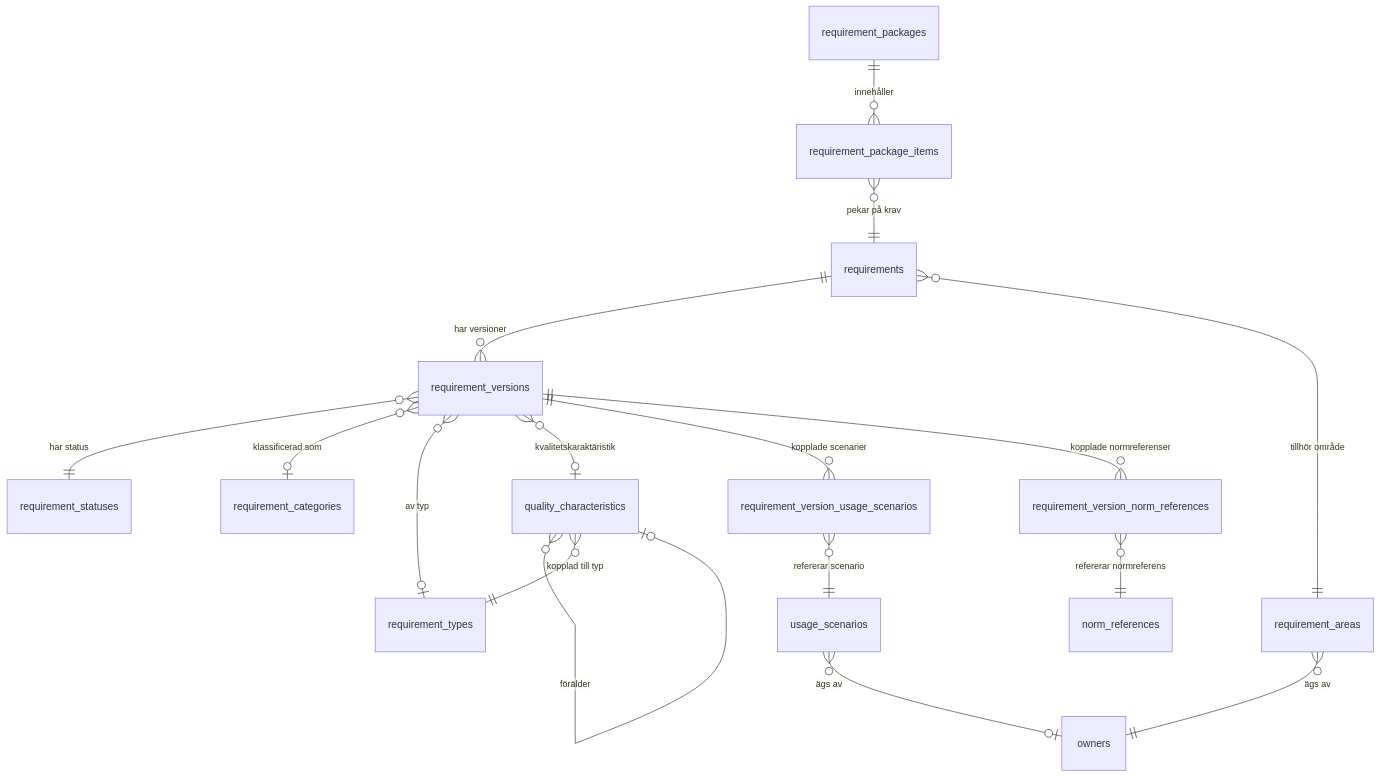
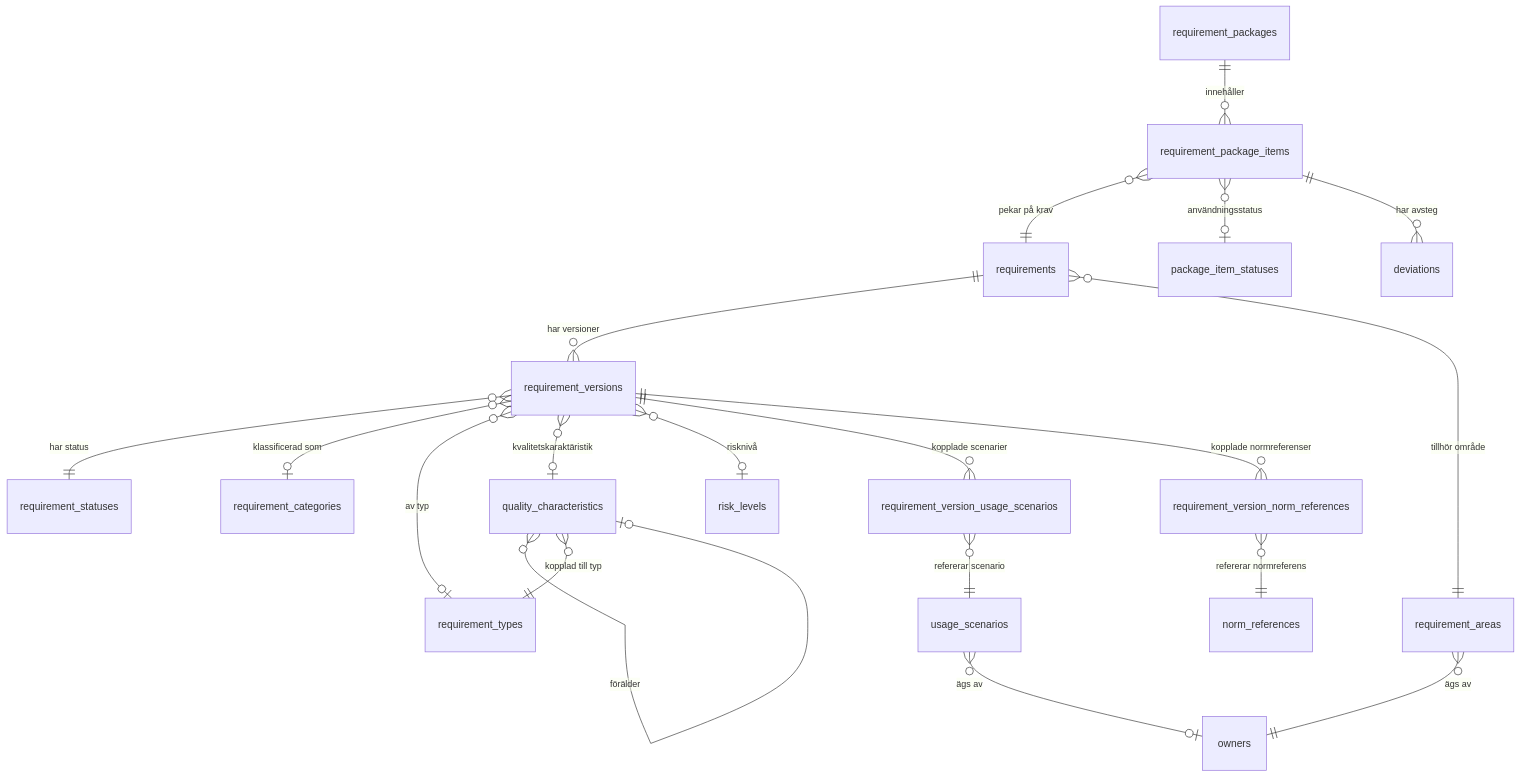
The fifth of 5 diagrams in docs/arkitekturbeskrivning-kravhantering.md (viscalyx/Kravhantering), drawn with Mermaid before and after one commit. The commit also changed other lines of this file and 86 other files, not shown here.

First line of the commit message:
Add deviation, package item statuses and risk levels management (#59)

````diff
--- a/docs/arkitekturbeskrivning-kravhantering.md
+++ b/docs/arkitekturbeskrivning-kravhantering.md
@@ -534,19 +627,22 @@
 ```mermaid
 erDiagram
     requirements ||--o{ requirement_versions : "har versioner"
     requirements }o--|| requirement_areas : "tillhör område"
     requirement_versions }o--|| requirement_statuses : "har status"
     requirement_versions }o--o| requirement_categories : "klassificerad som"
     requirement_versions }o--o| requirement_types : "av typ"
     requirement_versions }o--o| quality_characteristics : "kvalitetskaraktäristik"
+    requirement_versions }o--o| risk_levels : "risknivå"
     requirement_versions ||--o{ requirement_version_usage_scenarios : "kopplade scenarier"
     requirement_version_usage_scenarios }o--|| usage_scenarios : "refererar scenario"
     requirement_versions ||--o{ requirement_version_norm_references : "kopplade normreferenser"
     requirement_version_norm_references }o--|| norm_references : "refererar normreferens"
     requirement_areas }o--|| owners : "ägs av"
     usage_scenarios }o--o| owners : "ägs av"
     quality_characteristics }o--o| quality_characteristics : "förälder"
     quality_characteristics }o--|| requirement_types : "kopplad till typ"
     requirement_packages ||--o{ requirement_package_items : "innehåller"
     requirement_package_items }o--|| requirements : "pekar på krav"
+    requirement_package_items }o--o| package_item_statuses : "användningsstatus"
+    requirement_package_items ||--o{ deviations : "har avsteg"
 ```
````
